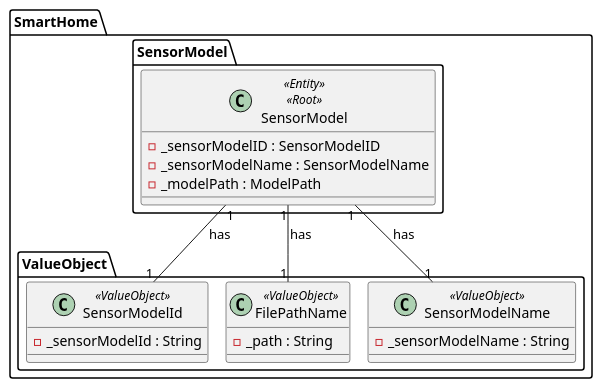
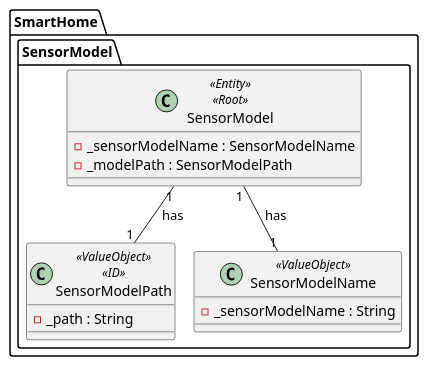
One commit to olivDiogo/SmartHome changed the diagram in docs/general/agreggateModels/SensorModel.puml. Above: the diagram before and after it, drawn with PlantUML. The commit also changed 3 other files, not shown here.

Commit message:
#268 [feature] updated aggregate diagrams

```diff
--- a/docs/general/agreggateModels/SensorModel.puml
+++ b/docs/general/agreggateModels/SensorModel.puml
@@ -1,32 +1,23 @@
 @startuml
 !pragma layout smetana
 
 package SmartHome.SensorModel{
 
     class SensorModel <<Entity>> <<Root>>{
-    - _sensorModelID : SensorModelID
     - _sensorModelName : SensorModelName
-    - _modelPath : ModelPath
+    - _modelPath : SensorModelPath
     }
 }
 
-package SmartHome.ValueObject {
-
-     class SensorModelId <<ValueObject>>{
-        - _sensorModelId : String
-     }
-
-     class FilePathName <<ValueObject>>{
+package SmartHome.SensorModel {
+     class SensorModelPath <<ValueObject>><<ID>>{
         - _path : String
      }
      class SensorModelName <<ValueObject>>{
         - _sensorModelName : String
      }
 }
 
-SmartHome.SensorModel.SensorModel "1" -- "1" SmartHome.ValueObject.SensorModelId : has
-SmartHome.SensorModel.SensorModel "1" -- "1" SmartHome.ValueObject.FilePathName : has
-SmartHome.SensorModel.SensorModel "1" -- "1" SmartHome.ValueObject.SensorModelName : has
-
-
+SmartHome.SensorModel.SensorModel "1" -- "1" SmartHome.SensorModel.SensorModelPath : has
+SmartHome.SensorModel.SensorModel "1" -- "1" SmartHome.SensorModel.SensorModelName : has
 @enduml
```
